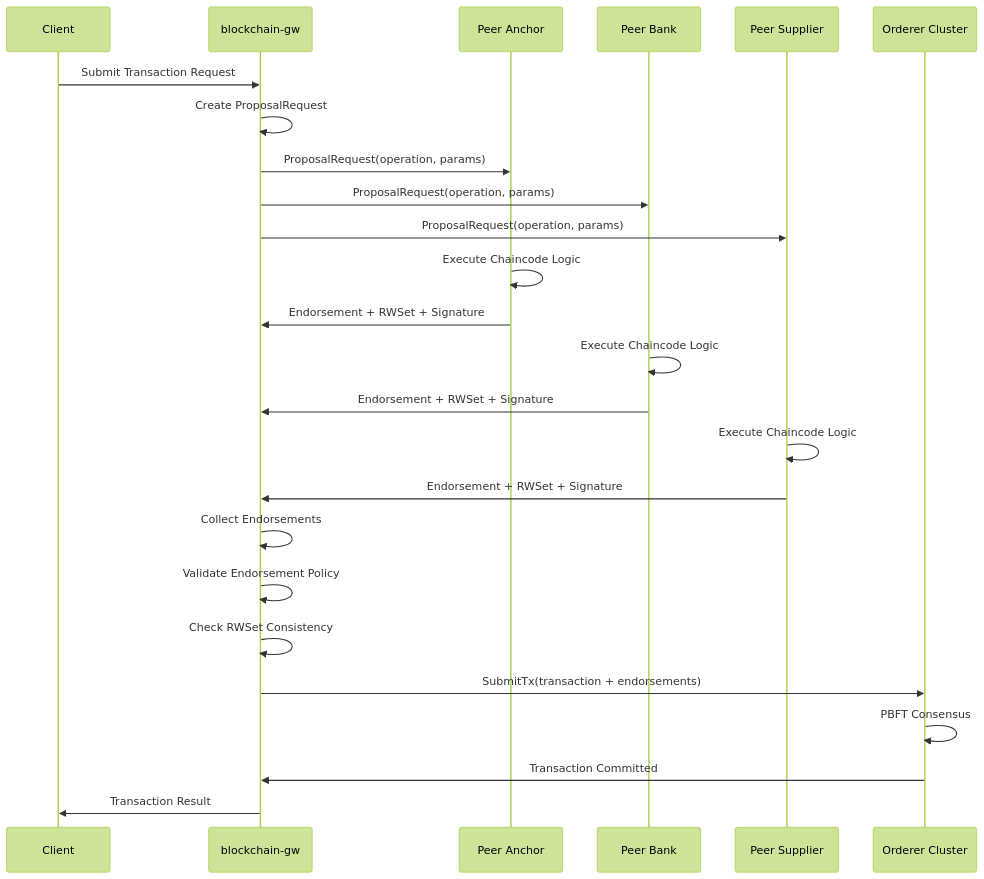
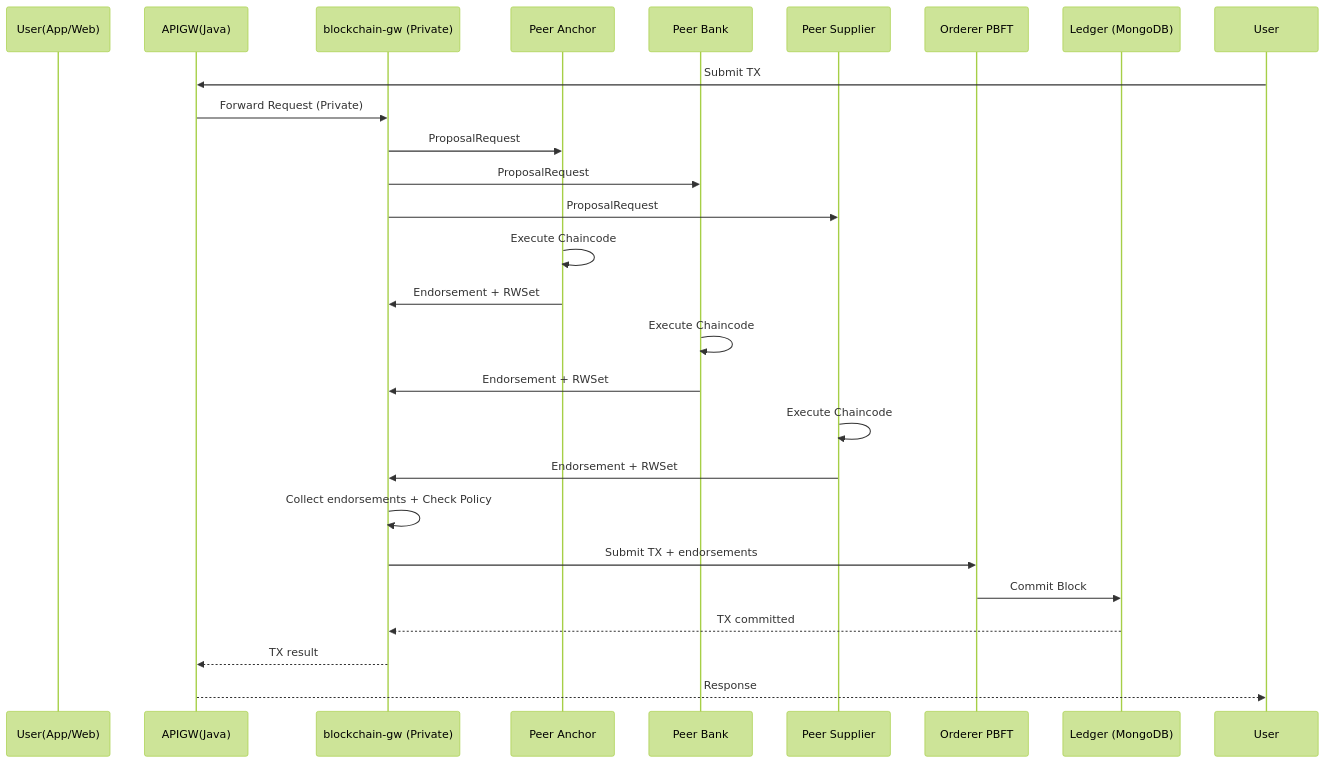
The third of 25 diagrams in System_Design_Document.md (trunghc97/blockchain), drawn with Mermaid (forest theme) before and after one commit. The commit also changed other lines of this file and 1 other file, not shown here.

````diff
--- a/System_Design_Document.md
+++ b/System_Design_Document.md
@@ -379,33 +384,32 @@
 ```mermaid
 sequenceDiagram
-    participant Client as Client
-    participant Gateway as blockchain-gw
+    participant User(App/Web)
+    participant APIGW(Java)
+    participant GW as blockchain-gw (Private)
     participant PeerA as Peer Anchor
     participant PeerB as Peer Bank
     participant PeerS as Peer Supplier
-    participant Orderer as Orderer Cluster
+    participant ORD as Orderer PBFT
+    participant LED as Ledger (MongoDB)
 
-    Client->>Gateway: Submit Transaction Request
-    Gateway->>Gateway: Create ProposalRequest
-    
-    Gateway->>PeerA: ProposalRequest(operation, params)
-    Gateway->>PeerB: ProposalRequest(operation, params)
-    Gateway->>PeerS: ProposalRequest(operation, params)
-    
-    PeerA->>PeerA: Execute Chaincode Logic
-    PeerA->>Gateway: Endorsement + RWSet + Signature
-    PeerB->>PeerB: Execute Chaincode Logic
-    PeerB->>Gateway: Endorsement + RWSet + Signature
-    PeerS->>PeerS: Execute Chaincode Logic
-    PeerS->>Gateway: Endorsement + RWSet + Signature
-    
-    Gateway->>Gateway: Collect Endorsements
-    Gateway->>Gateway: Validate Endorsement Policy
-    Gateway->>Gateway: Check RWSet Consistency
-    
-    Gateway->>Orderer: SubmitTx(transaction + endorsements)
-    Orderer->>Orderer: PBFT Consensus
-    Orderer->>Gateway: Transaction Committed
-    
-    Gateway->>Client: Transaction Result
+    User->>APIGW(Java): Submit TX
+    APIGW(Java)->>GW: Forward Request (Private)
+
+    GW->>PeerA: ProposalRequest
+    GW->>PeerB: ProposalRequest
+    GW->>PeerS: ProposalRequest
+
+    PeerA->>PeerA: Execute Chaincode
+    PeerA->>GW: Endorsement + RWSet
+    PeerB->>PeerB: Execute Chaincode
+    PeerB->>GW: Endorsement + RWSet
+    PeerS->>PeerS: Execute Chaincode
+    PeerS->>GW: Endorsement + RWSet
+
+    GW->>GW: Collect endorsements + Check Policy
+    GW->>ORD: Submit TX + endorsements
+    ORD->>LED: Commit Block
+    LED-->>GW: TX committed
+    GW-->>APIGW(Java): TX result
+    APIGW(Java)-->>User: Response
 ```
````
